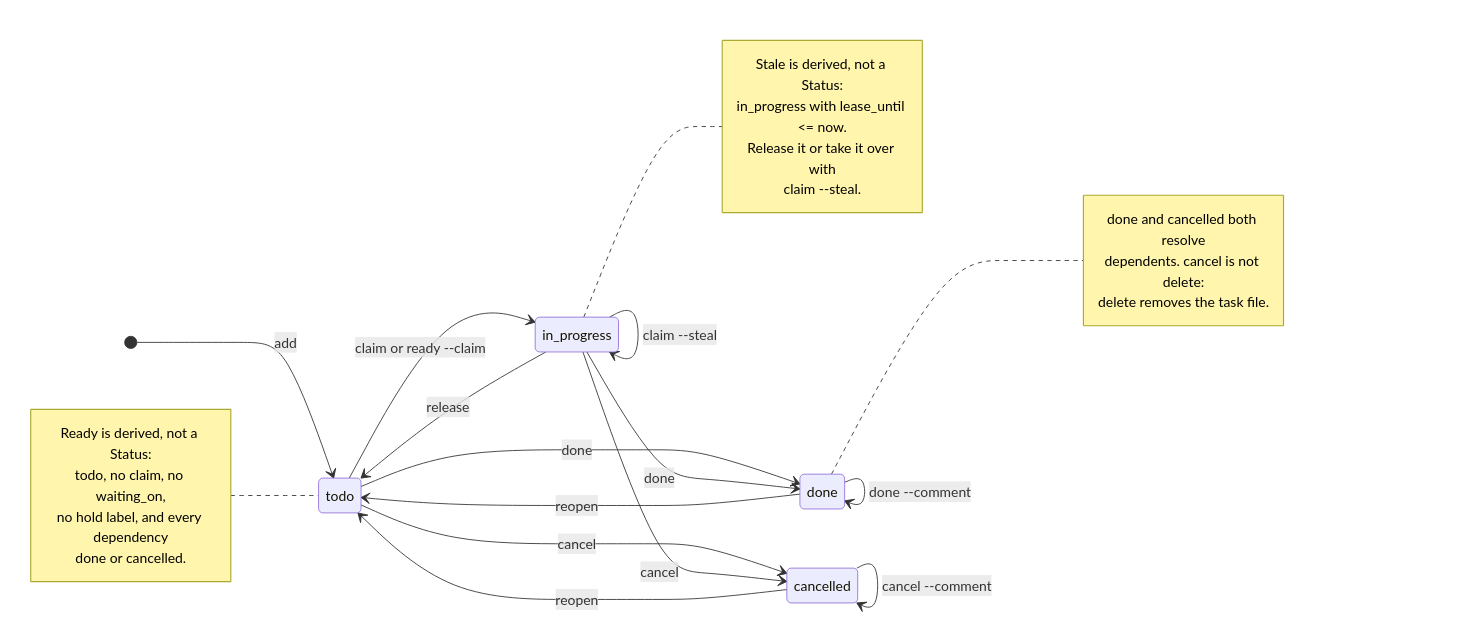
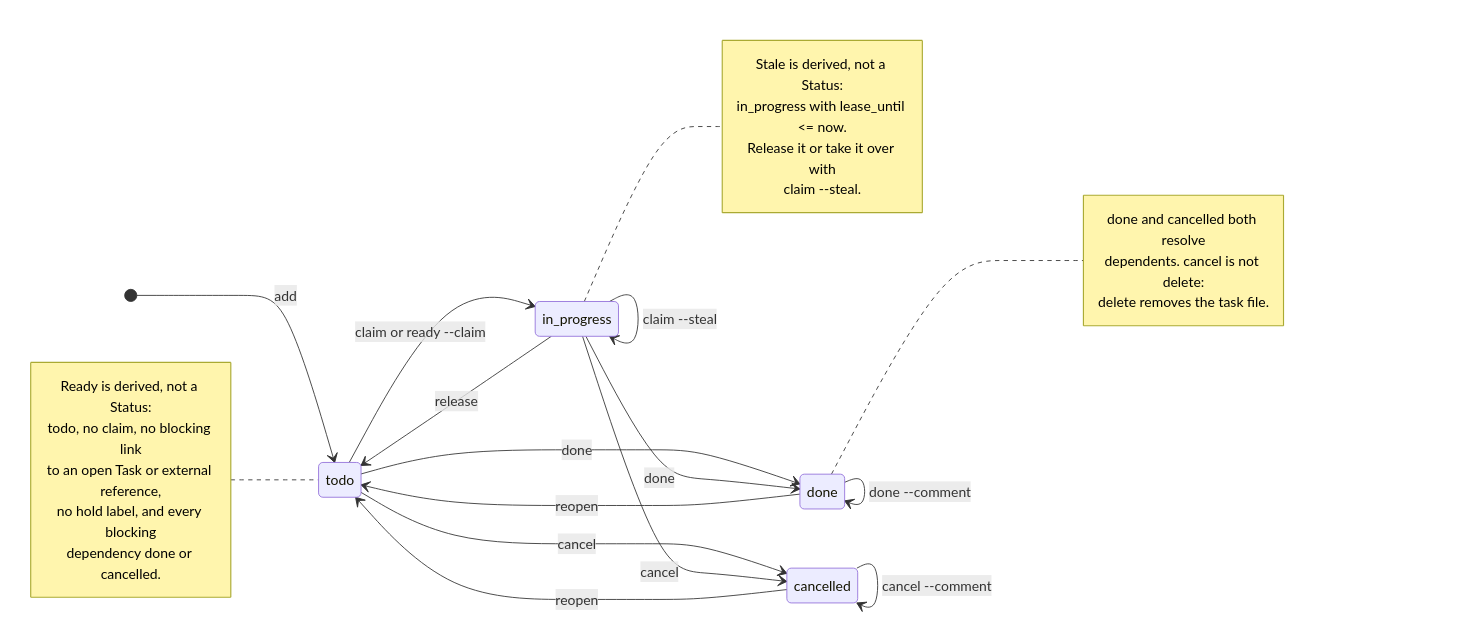
One commit to rcmendes/orbit changed the fourth of 14 diagrams in docs/ARCHITECTURE.md. Above: the diagram before and after it, drawn with Mermaid. The commit also changed other lines of this file and 27 other files, not shown here.

````diff
--- a/docs/ARCHITECTURE.md
+++ b/docs/ARCHITECTURE.md
@@ -328,43 +327,44 @@
 ```mermaid
 stateDiagram-v2
     direction LR
 
     [*] --> todo: add
 
     todo --> in_progress: claim or ready --claim
     todo --> done: done
     todo --> cancelled: cancel
 
     in_progress --> todo: release
     in_progress --> in_progress: heartbeat
     in_progress --> in_progress: checkpoint
     in_progress --> in_progress: claim --steal
     in_progress --> done: done
     in_progress --> cancelled: cancel
 
     done --> todo: reopen
     cancelled --> todo: reopen
 
     done --> done: done --comment
     cancelled --> cancelled: cancel --comment
 
     note right of in_progress
         Stale is derived, not a Status:
         in_progress with lease_until <= now.
         Release it or take it over with
         claim --steal.
     end note
 
     note left of todo
         Ready is derived, not a Status:
-        todo, no claim, no waiting_on,
-        no hold label, and every dependency
-        done or cancelled.
+        todo, no claim, no blocking link
+        to an open Task or external reference,
+        no hold label, and every blocking
+        dependency done or cancelled.
     end note
 
     note right of done
         done and cancelled both resolve
         dependents. cancel is not delete:
         delete removes the task file.
     end note
 ```
````
